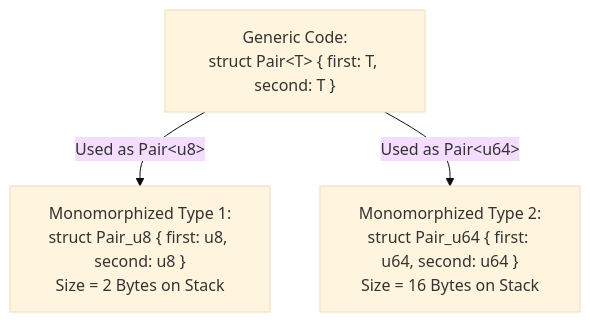
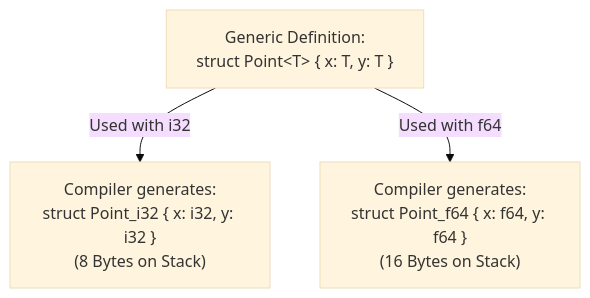
One commit to meedoomostafa/eng-blueprints changed the second of 2 diagrams in SWE/Langs/rust/Episode 2 - References, traits and generics.md. Above: the diagram before and after it, drawn with Mermaid (base theme). The commit also changed other lines of this file and 1 other file, not shown here.

````diff
--- a/SWE/Langs/rust/Episode 2 - References, traits and generics.md
+++ b/SWE/Langs/rust/Episode 2 - References, traits and generics.md
@@ -218,9 +283,9 @@
 ```mermaid
 graph TD
-    Gen["Generic Code:<br/>struct Pair&lt;T&gt; { first: T, second: T }"]
-    M1["Monomorphized Type 1:<br/>struct Pair_u8 { first: u8, second: u8 }<br/>Size = 2 Bytes on Stack"]
-    M2["Monomorphized Type 2:<br/>struct Pair_u64 { first: u64, second: u64 }<br/>Size = 16 Bytes on Stack"]
+    Gen["Generic Definition:<br/>struct Point&lt;T&gt; { x: T, y: T }"]
+    P1["Compiler generates:<br/>struct Point_i32 { x: i32, y: i32 }<br/>(8 Bytes on Stack)"]
+    P2["Compiler generates:<br/>struct Point_f64 { x: f64, y: f64 }<br/>(16 Bytes on Stack)"]
 
-    Gen -- "Used as Pair&lt;u8&gt;" --> M1
-    Gen -- "Used as Pair&lt;u64&gt;" --> M2
+    Gen -- "Used with i32" --> P1
+    Gen -- "Used with f64" --> P2
 ```
````
